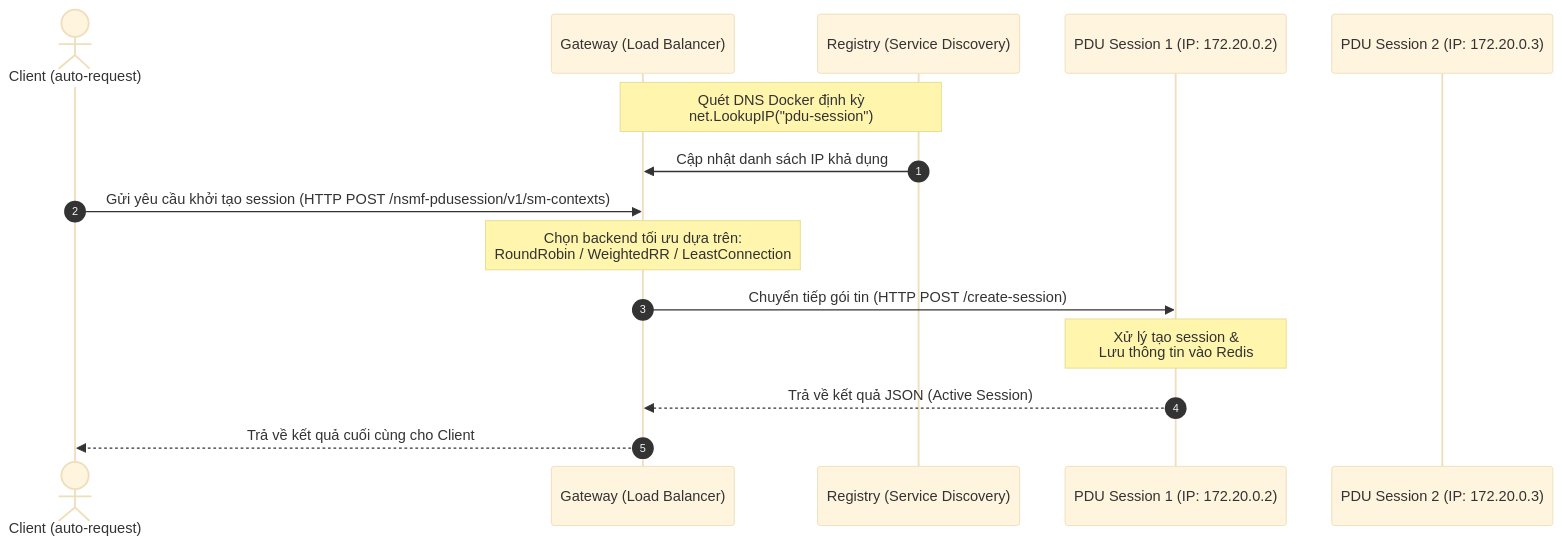
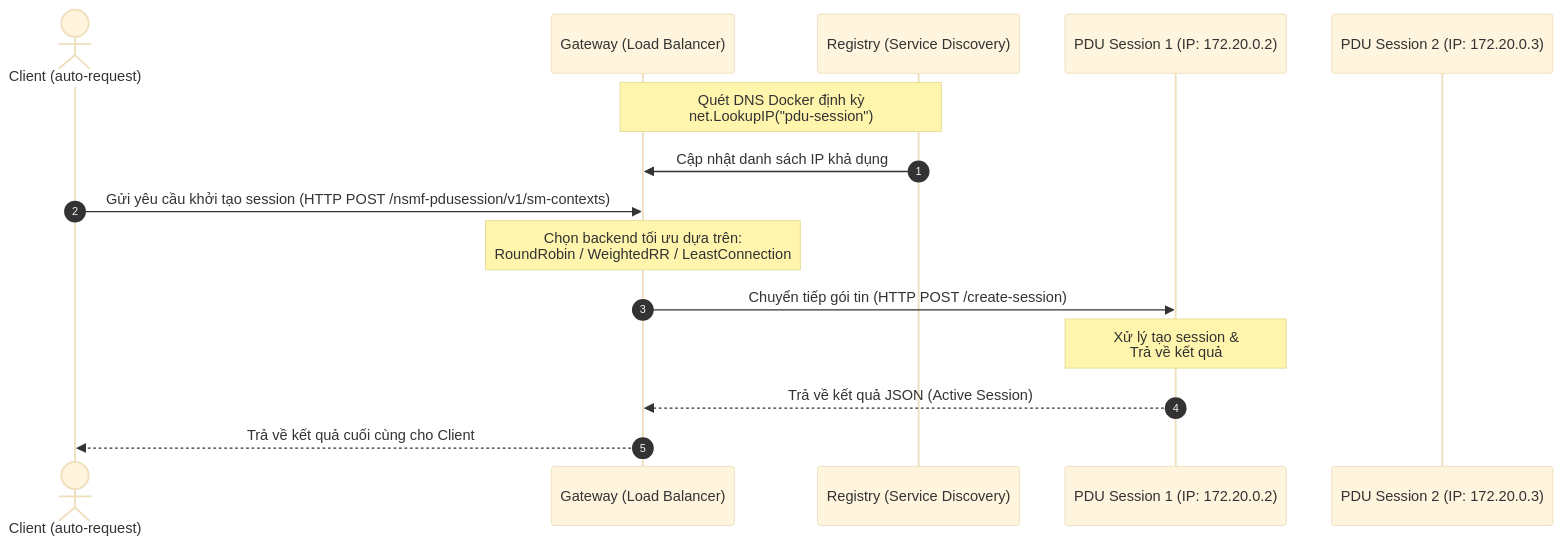
One commit to KILIAN0802/5G-Mini-Project-Gateway-Routing changed the diagram in README.md. Above: the diagram before and after it, drawn with Mermaid (base theme). The commit also changed other lines of this file and 1 other file, not shown here.

Commit message:
refactor: remove redis and redis-commander dependencies from docker-compose and update documentation

````diff
--- a/README.md
+++ b/README.md
@@ -12,22 +12,22 @@
 ```mermaid
 sequenceDiagram
     autonumber
     actor Client as Client (auto-request)
     participant GW as Gateway (Load Balancer)
     participant Registry as Registry (Service Discovery)
     participant PDU1 as PDU Session 1 (IP: 172.20.0.2)
     participant PDU2 as PDU Session 2 (IP: 172.20.0.3)
 
     Note over GW, Registry: Quét DNS Docker định kỳ<br/>net.LookupIP("pdu-session")
     Registry->>GW: Cập nhật danh sách IP khả dụng
 
     Client->>GW: Gửi yêu cầu khởi tạo session (HTTP POST /nsmf-pdusession/v1/sm-contexts)
     
     Note over GW: Chọn backend tối ưu dựa trên:<br/>RoundRobin / WeightedRR / LeastConnection
     
     GW->>PDU1: Chuyển tiếp gói tin (HTTP POST /create-session)
-    Note over PDU1: Xử lý tạo session &<br/>Lưu thông tin vào Redis
+    Note over PDU1: Xử lý tạo session &<br/>Trả về kết quả
     
     PDU1-->>GW: Trả về kết quả JSON (Active Session)
     GW-->>Client: Trả về kết quả cuối cùng cho Client
 ```
````
